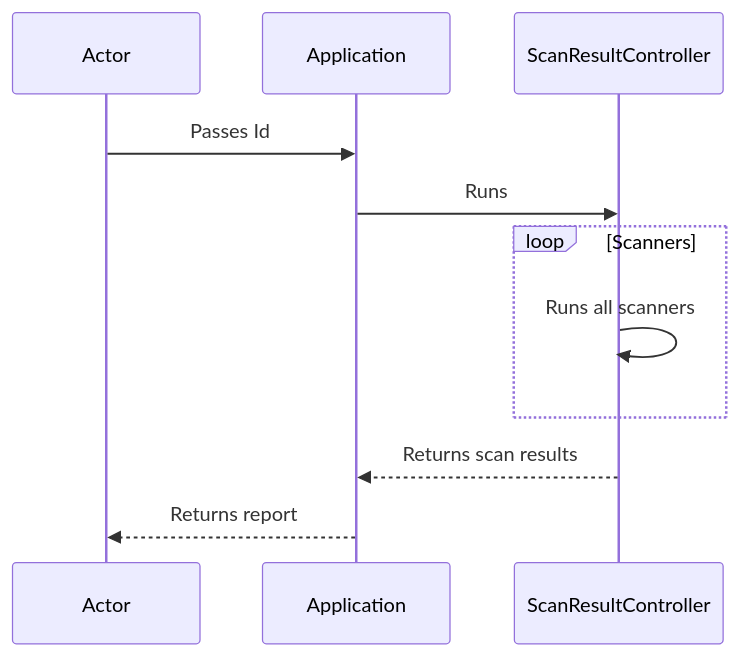
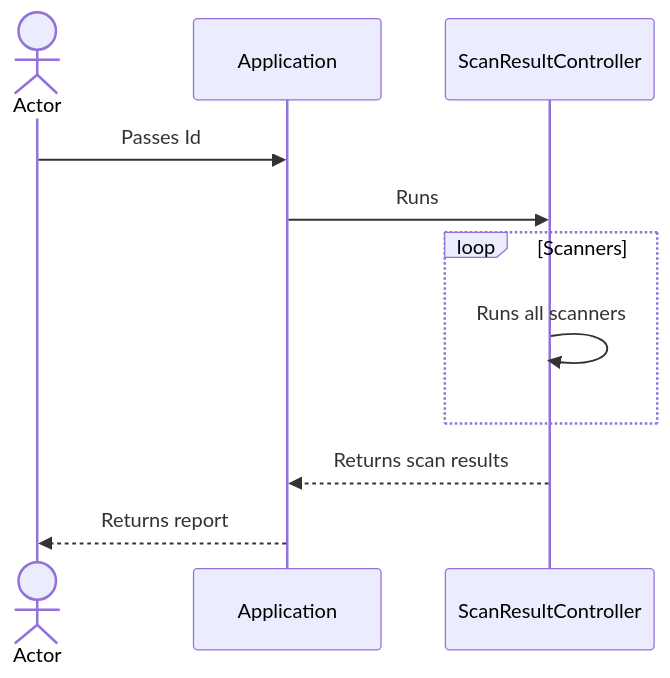
Before and after one commit to elszczepano/master-thesis-automation: the second of 2 diagrams in README.md, drawn with Mermaid.

Commit message:
Improve sequence diagram

````diff
--- a/README.md
+++ b/README.md
@@ -50,13 +50,13 @@
 ```mermaid
 sequenceDiagram
-    participant User as Actor
+    actor User as Actor
     participant Application
     participant ScanResultController
     User->>Application: Passes Id
     Application->>ScanResultController: Runs
     loop Scanners
         ScanResultController->>ScanResultController: Runs all scanners
     end
     ScanResultController-->>Application: Returns scan results
     Application-->>User: Returns report
 ```
````
